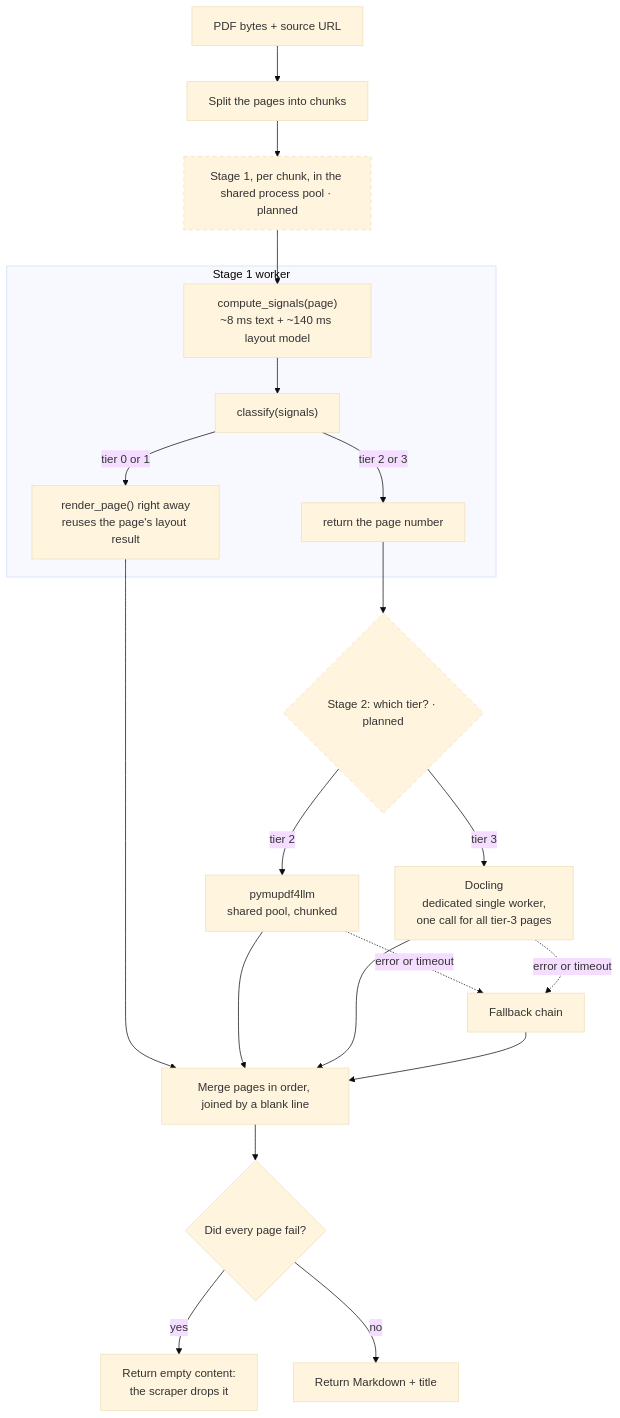
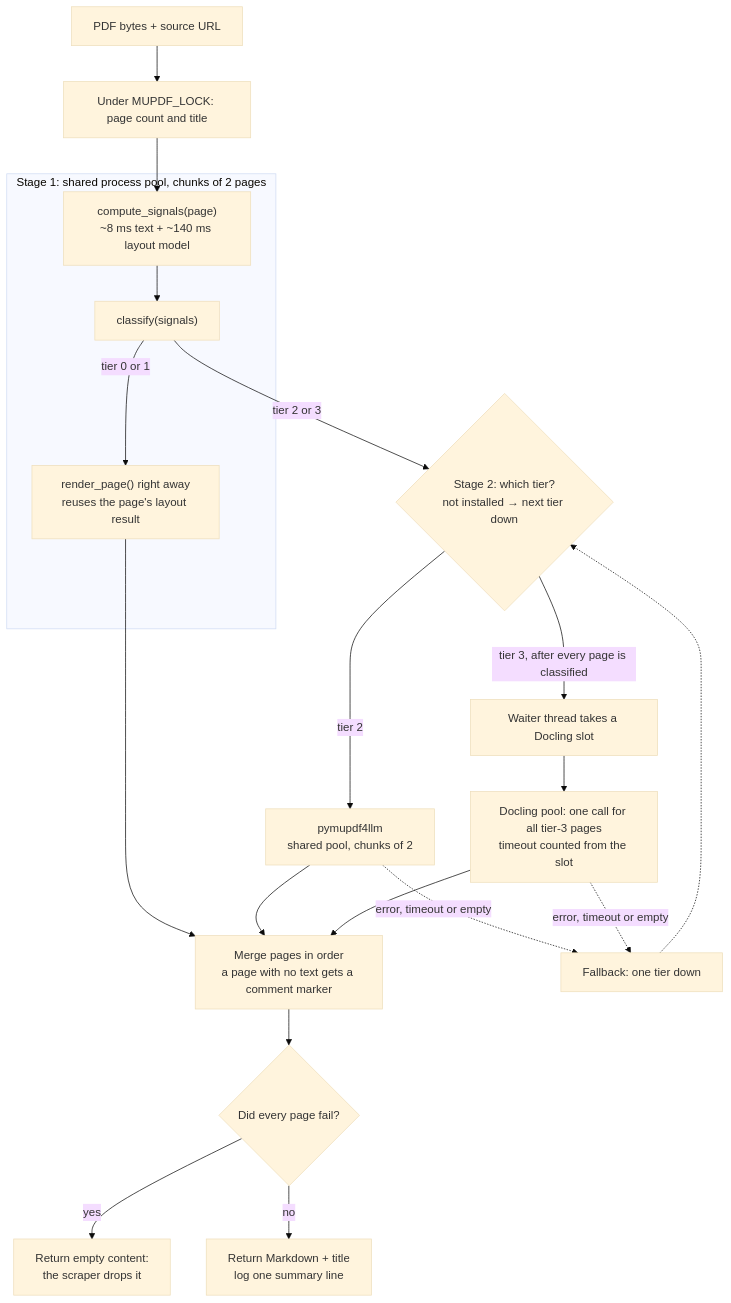
The second of 10 diagrams in gpt_researcher/scraper/pdf_router/README.md (MoatasemEbrahim/gpt-researcher-with-PDF-router), drawn with Mermaid (base theme) before and after one commit. The commit also changed other lines of this file and 6 other files, not shown here.

First line of the commit message:
feat(scraper): add PDF page router dispatch and process pools

````diff
--- a/gpt_researcher/scraper/pdf_router/README.md
+++ b/gpt_researcher/scraper/pdf_router/README.md
@@ -55,26 +60,21 @@
 ```mermaid
 flowchart TD
-    A["PDF bytes + source URL"] --> B["Split the pages into chunks"]
-    B --> C["Stage 1, per chunk, in the shared process pool · planned"]
-    subgraph C1["Stage 1 worker"]
+    A["PDF bytes + source URL"] --> L["Under MUPDF_LOCK: page count and title"]
+    L --> S
+    subgraph C1["Stage 1: shared process pool, chunks of 2 pages"]
         S["compute_signals(page)<br/>~8 ms text + ~140 ms layout model"] --> K["classify(signals)"]
         K -->|"tier 0 or 1"| R["render_page() right away<br/>reuses the page's layout result"]
-        K -->|"tier 2 or 3"| Q["return the page number"]
     end
-    C --> S
+    K -->|"tier 2 or 3"| D{"Stage 2: which tier?<br/>not installed → next tier down"}
+    D -->|"tier 2"| T2["pymupdf4llm<br/>shared pool, chunks of 2"]
+    D -->|"tier 3, after every page is classified"| W["Waiter thread takes a Docling slot"]
+    W --> T3["Docling pool: one call for all tier-3 pages<br/>timeout counted from the slot"]
     R --> M
-    Q --> D{"Stage 2: which tier? · planned"}
-    D -->|"tier 2"| T2["pymupdf4llm<br/>shared pool, chunked"]
-    D -->|"tier 3"| T3["Docling<br/>dedicated single worker,<br/>one call for all tier-3 pages"]
     T2 --> M
     T3 --> M
-    T2 -.->|"error or timeout"| F["Fallback chain"]
-    T3 -.->|"error or timeout"| F
-    F --> M["Merge pages in order, joined by a blank line"]
-    M --> E{"Did every page fail?"}
+    T2 & T3 -.->|"error, timeout or empty"| F["Fallback: one tier down"]
+    F -.-> D
+    M["Merge pages in order<br/>a page with no text gets a comment marker"] --> E{"Did every page fail?"}
     E -->|"yes"| Z["Return empty content:<br/>the scraper drops it"]
-    E -->|"no"| O["Return Markdown + title"]
-
-    classDef planned stroke-dasharray: 5 5
-    class C,D planned
+    E -->|"no"| O["Return Markdown + title<br/>log one summary line"]
 ```
````
